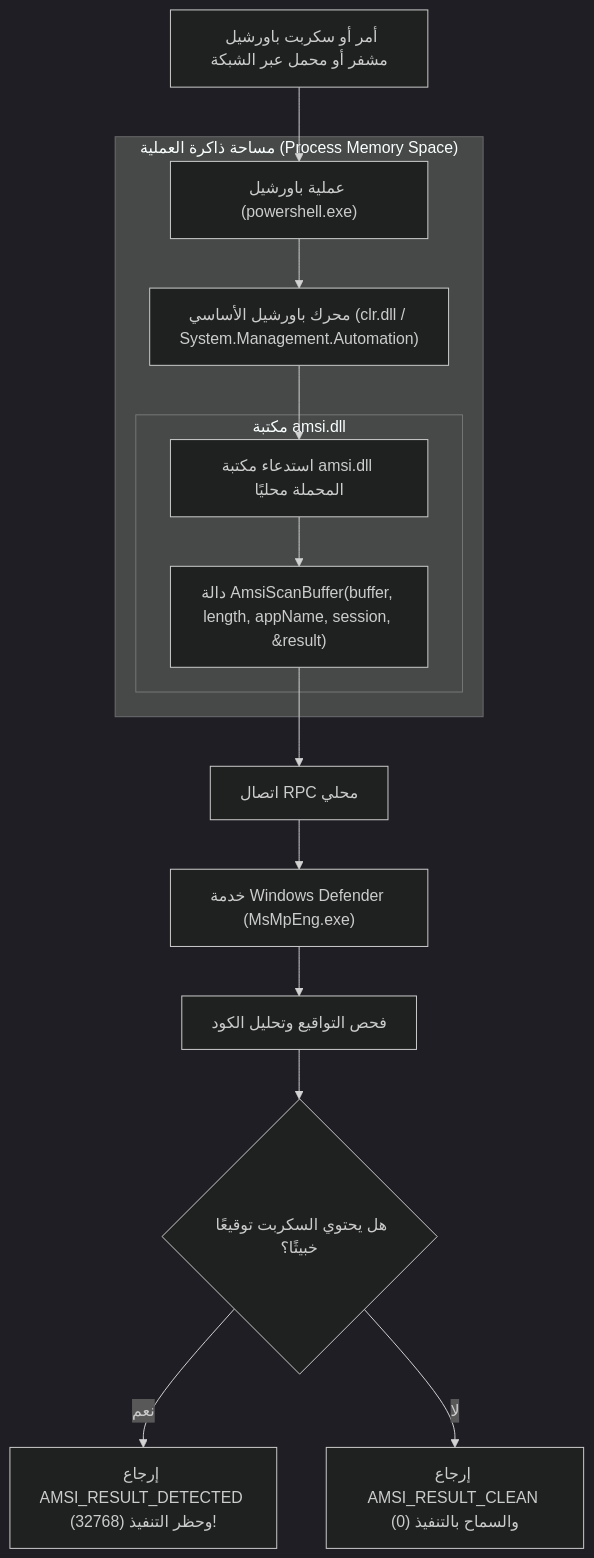
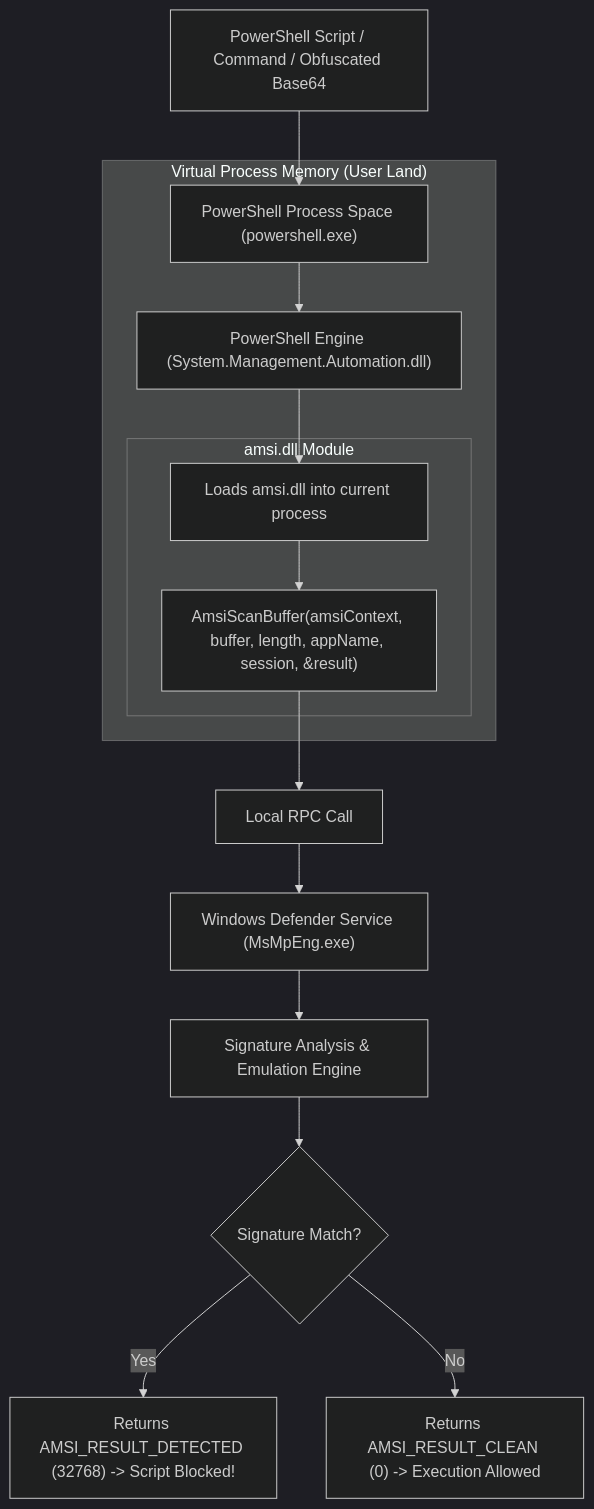
The fourth of 5 diagrams in _posts/2026-11-12-ecppt-v3-part-10-powershell-for-pentesters.md (3bdo-fathi/3bdo-fathi.github.io), drawn with Mermaid (dark theme) before and after one commit. The commit also changed other lines of this file and 11 other files, not shown here.

````diff
--- a/_posts/2026-11-12-ecppt-v3-part-10-powershell-for-pentesters.md
+++ b/_posts/2026-11-12-ecppt-v3-part-10-powershell-for-pentesters.md
@@ -185,20 +183,20 @@
 ```mermaid
 flowchart TD
-    Script["أمر أو سكربت باورشيل مشفر أو محمل عبر الشبكة"] --> PS["عملية باورشيل (powershell.exe)"]
+    Script["PowerShell Script / Command / Obfuscated Base64"] --> PS["PowerShell Process Space (powershell.exe)"]
     
-    subgraph ProcessMemory ["مساحة ذاكرة العملية (Process Memory Space)"]
-        PS --> Engine["محرك باورشيل الأساسي (clr.dll / System.Management.Automation)"]
-        Engine --> CallAMSI["استدعاء مكتبة amsi.dll المحملة محليًا"]
+    subgraph ProcessMemory ["Virtual Process Memory (User Land)"]
+        PS --> Engine["PowerShell Engine (System.Management.Automation.dll)"]
+        Engine --> CallAMSI["Loads amsi.dll into current process"]
         
-        subgraph AMSIDLL ["مكتبة amsi.dll"]
-            CallAMSI --> ScanBuffer["دالة AmsiScanBuffer(buffer, length, appName, session, &result)"]
+        subgraph AMSIDLL ["amsi.dll Module"]
+            CallAMSI --> ScanBuffer["AmsiScanBuffer(amsiContext, buffer, length, appName, session, &result)"]
         end
     end
 
-    ScanBuffer --> RPC["اتصال RPC محلي"] --> DefenderService["خدمة Windows Defender (MsMpEng.exe)"]
-    DefenderService --> Analysis["فحص التواقيع وتحليل الكود"]
+    ScanBuffer --> RPC["Local RPC Call"] --> Defender["Windows Defender Service (MsMpEng.exe)"]
+    Defender --> EngineScan["Signature Analysis & Emulation Engine"]
     
-    Analysis --> Result{"هل يحتوي السكربت توقيعًا خبيثًا؟"}
-    Result -- نعم --> Block["إرجاع AMSI_RESULT_DETECTED (32768) وحظر التنفيذ!"]
-    Result -- لا --> Clean["إرجاع AMSI_RESULT_CLEAN (0) والسماح بالتنفيذ"]
+    EngineScan --> Result{"Signature Match?"}
+    Result -- Yes --> Block["Returns AMSI_RESULT_DETECTED (32768) -> Script Blocked!"]
+    Result -- No --> Clean["Returns AMSI_RESULT_CLEAN (0) -> Execution Allowed"]
 ```
````
